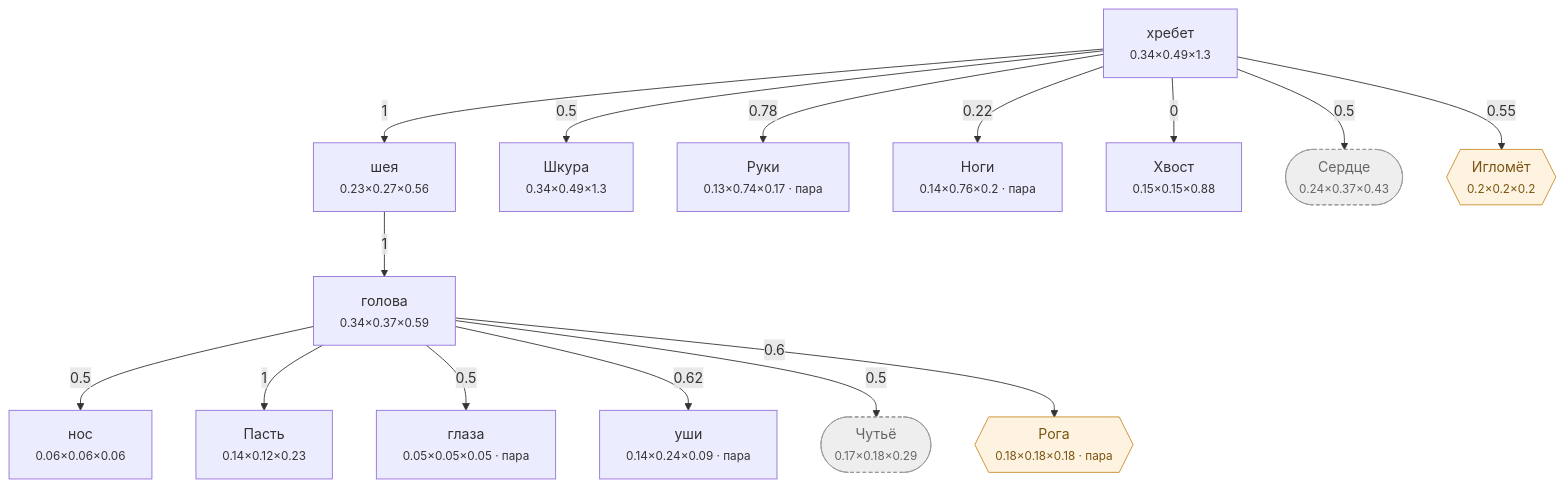
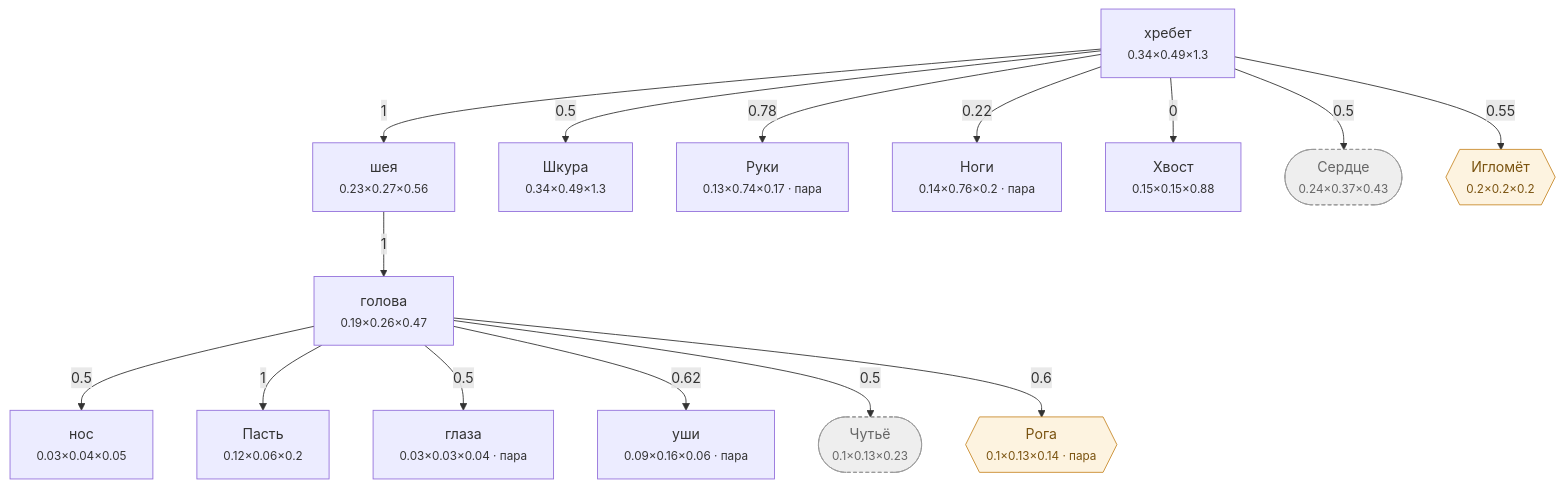
Before and after one commit to darklordshish/ChimeraEvolution-2026-06-26_15-29-59: the diagram in Docs/Диаграммы/Волк.md, drawn with Mermaid. The commit also changed other lines of this file and 6 other files, not shown here.

````diff
--- a/Docs/Диаграммы/Волк.md
+++ b/Docs/Диаграммы/Волк.md
@@ -23,39 +23,39 @@
 ```mermaid
 flowchart TD
     n0["хребет<br/><small>0.34×0.49×1.3</small>"]
-    n1["нос<br/><small>0.06×0.06×0.06</small>"]
-    n2["голова<br/><small>0.34×0.37×0.59</small>"]
-    n3["Пасть<br/><small>0.14×0.12×0.23</small>"]
-    n4["глаза<br/><small>0.05×0.05×0.05 · пара</small>"]
-    n5["уши<br/><small>0.14×0.24×0.09 · пара</small>"]
+    n1["нос<br/><small>0.03×0.04×0.05</small>"]
+    n2["голова<br/><small>0.19×0.26×0.47</small>"]
+    n3["Пасть<br/><small>0.12×0.06×0.2</small>"]
+    n4["глаза<br/><small>0.03×0.03×0.04 · пара</small>"]
+    n5["уши<br/><small>0.09×0.16×0.06 · пара</small>"]
     n6["шея<br/><small>0.23×0.27×0.56</small>"]
     n7["Шкура<br/><small>0.34×0.49×1.3</small>"]
     n8["Руки<br/><small>0.13×0.74×0.17 · пара</small>"]
     n9["Ноги<br/><small>0.14×0.76×0.2 · пара</small>"]
     n10["Хвост<br/><small>0.15×0.15×0.88</small>"]
     n11(["Сердце<br/><small>0.24×0.37×0.43</small>"])
-    n12(["Чутьё<br/><small>0.17×0.18×0.29</small>"])
-    n13{{"Рога<br/><small>0.18×0.18×0.18 · пара</small>"}}
+    n12(["Чутьё<br/><small>0.1×0.13×0.23</small>"])
+    n13{{"Рога<br/><small>0.1×0.13×0.14 · пара</small>"}}
     n14{{"Игломёт<br/><small>0.2×0.2×0.2</small>"}}
 
     n2 -->|0.5| n1
     n6 -->|1| n2
     n2 -->|1| n3
     n2 -->|0.5| n4
     n2 -->|0.62| n5
     n0 -->|1| n6
     n0 -->|0.5| n7
     n0 -->|0.78| n8
     n0 -->|0.22| n9
     n0 -->|0| n10
     n0 -->|0.5| n11
     n2 -->|0.5| n12
     n2 -->|0.6| n13
     n0 -->|0.55| n14
 
     classDef hid fill:#eee,stroke:#999,stroke-dasharray:4 3,color:#666
     classDef gr fill:#fdf3e0,stroke:#c98a2b,color:#7a5310
     classDef ch fill:#e8f2ff,stroke:#3b74c4,color:#1c3f70
     class n11,n12 hid
     class n13,n14 gr
 ```
````
